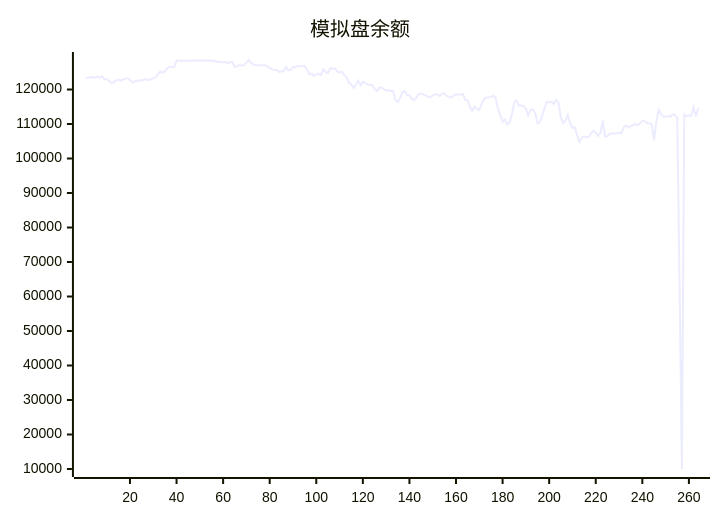
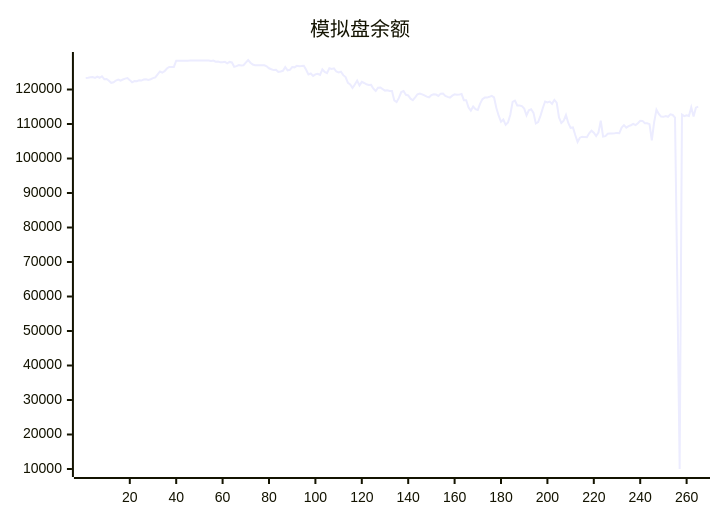
The diagram in README.md (aahl/ai-trading), drawn with Mermaid before and after one commit. The commit also changed other lines of this file and 1 other file, not shown here.

````diff
--- a/README.md
+++ b/README.md
@@ -5,5 +5,5 @@
 ```mermaid
 xychart
     title "模拟盘余额"
-    line [123338,123402,123530,123592,123378,123745,123413,123853,123009,123040,122557,121938,122095,122599,122856,122597,122898,123160,123319,122719,122087,122454,122416,122685,122592,122907,122961,122776,122981,123295,123507,124403,125224,124894,125303,126088,126544,126534,126549,128335,128318,128318,128318,128318,128318,128424,128424,128424,128424,128424,128424,128424,128424,128424,128247,128412,128062,128087,127917,127901,128026,127611,128000,127850,126572,126770,127100,126971,127029,127783,128554,127765,127224,127064,127044,127009,127025,127004,126738,126152,125871,125635,125707,125117,125217,125420,126480,125545,125715,126511,126424,126856,126764,126788,126890,125710,124381,124632,123936,124402,124574,124256,125833,125070,124739,126154,125966,126145,125213,124943,125143,124157,123604,121959,121476,120476,121470,122610,121201,122221,121889,121522,121332,121344,120232,119559,120513,120577,120108,119680,119777,119572,119568,116839,116392,117573,119250,119585,118469,118277,117338,116897,117706,118628,118849,118579,118280,117926,117735,118373,118639,118544,118136,118798,118819,118162,117874,117649,118215,118601,118463,118517,118713,116911,116899,114798,113887,115084,114313,114091,115934,117221,117658,117658,117883,118164,117693,114632,112403,110644,111313,109777,110444,112673,116419,116772,115355,115355,115198,114476,112510,113954,114276,113223,110151,110561,112361,114562,116522,116265,116500,115845,117000,116199,111887,110306,110942,112588,110318,108891,109011,106814,104811,106038,106327,106201,106180,107315,108068,107463,106528,107530,110941,106346,106482,107161,107268,107270,107302,107426,107340,108985,109681,108962,109404,109645,110030,109680,110214,110918,110897,110215,110212,109962,105235,110525,114151,112895,112137,112083,112329,112094,112784,112613,111829,63445,10000,112734,112268,112496,112313,114832,112156,114730]
+    line [123338,123402,123530,123592,123378,123745,123413,123853,123009,123040,122557,121938,122095,122599,122856,122597,122898,123160,123319,122719,122087,122454,122416,122685,122592,122907,122961,122776,122981,123295,123507,124403,125224,124894,125303,126088,126544,126534,126549,128335,128318,128318,128318,128318,128318,128424,128424,128424,128424,128424,128424,128424,128424,128424,128247,128412,128062,128087,127917,127901,128026,127611,128000,127850,126572,126770,127100,126971,127029,127783,128554,127765,127224,127064,127044,127009,127025,127004,126738,126152,125871,125635,125707,125117,125217,125420,126480,125545,125715,126511,126424,126856,126764,126788,126890,125710,124381,124632,123936,124402,124574,124256,125833,125070,124739,126154,125966,126145,125213,124943,125143,124157,123604,121959,121476,120476,121470,122610,121201,122221,121889,121522,121332,121344,120232,119559,120513,120577,120108,119680,119777,119572,119568,116839,116392,117573,119250,119585,118469,118277,117338,116897,117706,118628,118849,118579,118280,117926,117735,118373,118639,118544,118136,118798,118819,118162,117874,117649,118215,118601,118463,118517,118713,116911,116899,114798,113887,115084,114313,114091,115934,117221,117658,117658,117883,118164,117693,114632,112403,110644,111313,109777,110444,112673,116419,116772,115355,115355,115198,114476,112510,113954,114276,113223,110151,110561,112361,114562,116522,116265,116500,115845,117000,116199,111887,110306,110942,112588,110318,108891,109011,106814,104811,106038,106327,106201,106180,107315,108068,107463,106528,107530,110941,106346,106482,107161,107268,107270,107302,107426,107340,108985,109681,108962,109404,109645,110030,109680,110214,110918,110897,110215,110212,109962,105235,110525,114151,112895,112137,112083,112329,112094,112784,112613,111829,63445,10000,112734,112268,112496,112313,114832,112156,114730,115058]
 ```
````
